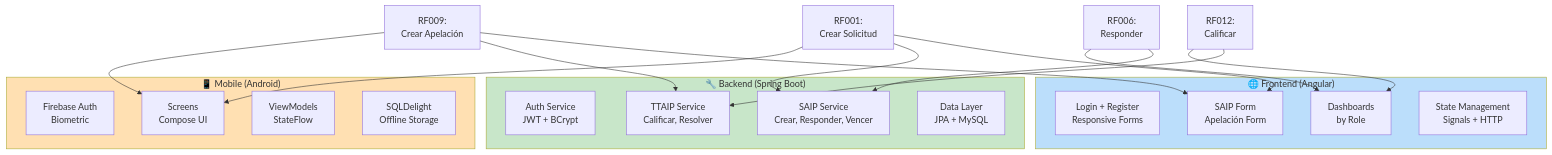
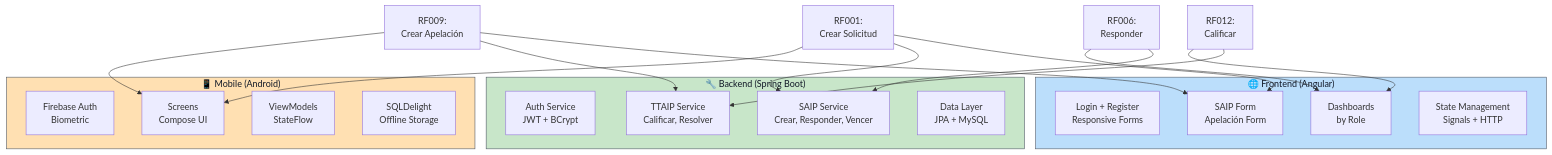
The eighth of 10 diagrams in docs/src/content/docs/metodologia/index.mdx (transparenciapublicadev/plataforma-saip-apelaciones), drawn with Mermaid before and after one commit. The commit also changed other lines of this file and 4 other files, not shown here.

First line of the commit message:
✨ feat(docs): improve Mermaid contrast and add docs CI workflow

````diff
--- a/docs/src/content/docs/metodologia/index.mdx
+++ b/docs/src/content/docs/metodologia/index.mdx
@@ -439,46 +439,46 @@
 ```mermaid
 graph TB
     subgraph Backend["🔧 Backend (Spring Boot)"]
         BE_Auth["Auth Service<br/>JWT + BCrypt"]
         BE_SAIP["SAIP Service<br/>Crear, Responder, Vencer"]
         BE_TTAIP["TTAIP Service<br/>Calificar, Resolver"]
         BE_Data["Data Layer<br/>JPA + MySQL"]
     end
     
     subgraph Frontend["🌐 Frontend (Angular)"]
         FE_Auth["Login + Register<br/>Responsive Forms"]
         FE_Dashboard["Dashboards<br/>by Role"]
         FE_Forms["SAIP Form<br/>Apelación Form"]
         FE_State["State Management<br/>Signals + HTTP"]
     end
     
     subgraph Mobile["📱 Mobile (Android)"]
         MB_Auth["Firebase Auth<br/>Biometric"]
         MB_Screen["Screens<br/>Compose UI"]
         MB_VM["ViewModels<br/>StateFlow"]
         MB_DB["SQLDelight<br/>Offline Storage"]
     end
     
     RF_001["RF001:<br/>Crear Solicitud"]
     RF_006["RF006:<br/>Responder"]
     RF_009["RF009:<br/>Crear Apelación"]
     RF_012["RF012:<br/>Calificar"]
     
     RF_001 --> FE_Forms
     RF_001 --> BE_SAIP
     RF_001 --> MB_Screen
     
     RF_006 --> BE_SAIP
     RF_006 --> FE_Dashboard
     
     RF_009 --> FE_Forms
     RF_009 --> BE_TTAIP
     RF_009 --> MB_Screen
     
     RF_012 --> BE_TTAIP
     RF_012 --> FE_Dashboard
     
-    style Backend fill:#c8e6c9
-    style Frontend fill:#bbdefb
-    style Mobile fill:#ffe0b2
+    style Backend fill:#c8e6c9,color:#111827,stroke:#4b5563,stroke-width:1px
+    style Frontend fill:#bbdefb,color:#111827,stroke:#4b5563,stroke-width:1px
+    style Mobile fill:#ffe0b2,color:#111827,stroke:#4b5563,stroke-width:1px
 ```
````
